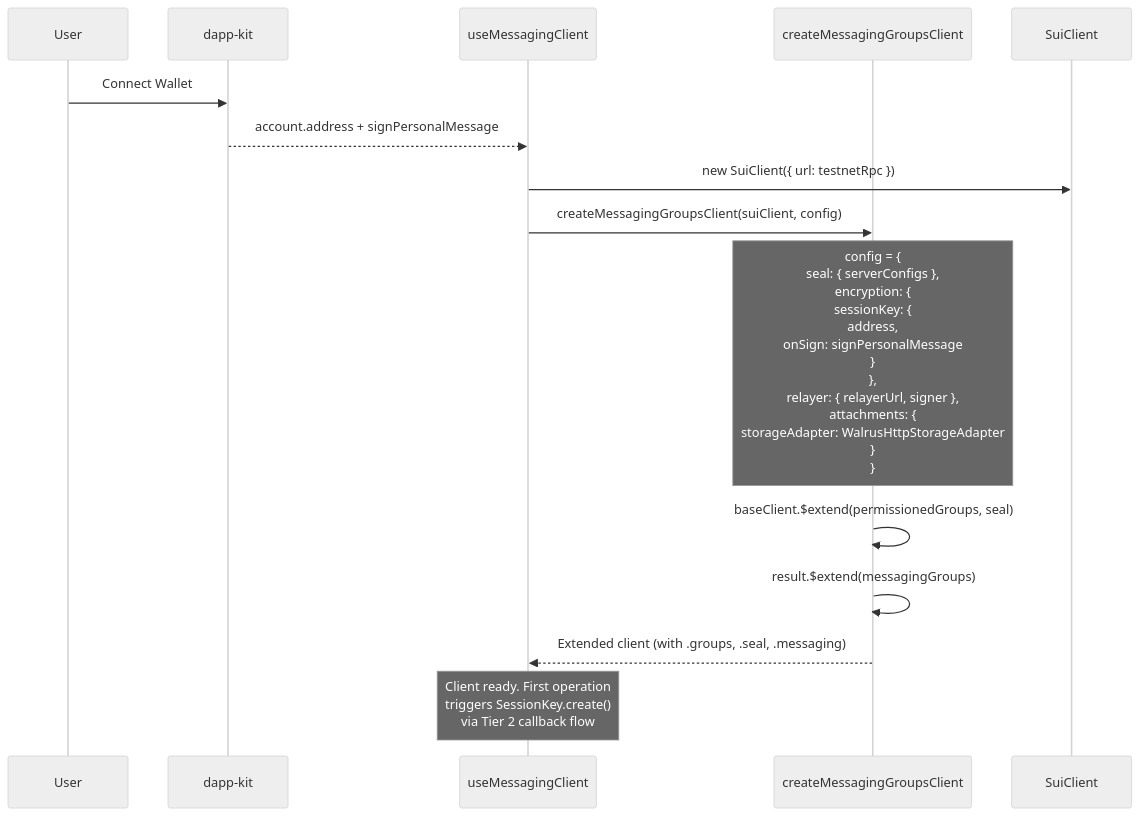
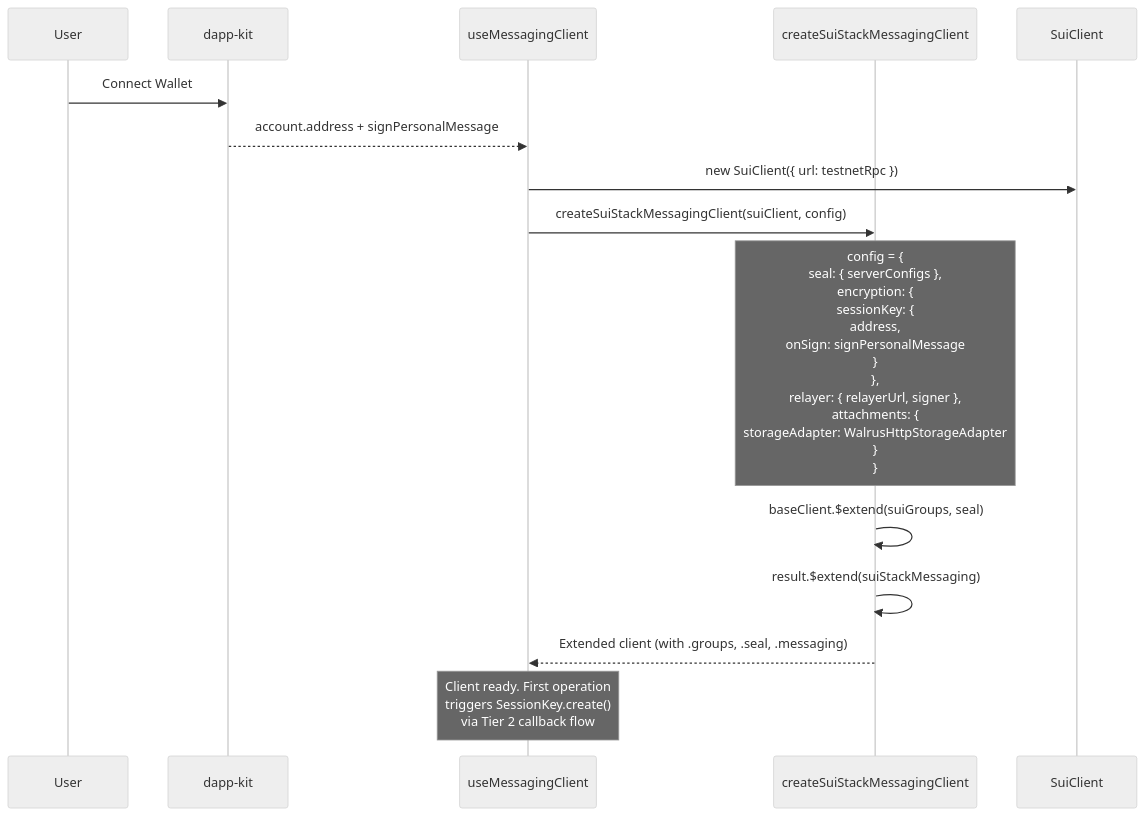
One commit to MystenLabs/sui-stack-messaging changed the second of 18 diagrams in chat-app/docs/SYSTEM_DESIGN.md. Above: the diagram before and after it, drawn with Mermaid (neutral theme). The commit also changed other lines of this file and 5 other files, not shown here.

````diff
--- a/chat-app/docs/SYSTEM_DESIGN.md
+++ b/chat-app/docs/SYSTEM_DESIGN.md
@@ -115,18 +115,18 @@
 ```mermaid
 sequenceDiagram
     participant User
     participant DK as dapp-kit
     participant Hook as useMessagingClient
-    participant Factory as createMessagingGroupsClient
+    participant Factory as createSuiStackMessagingClient
     participant SUI as SuiClient
 
     User->>DK: Connect Wallet
     DK-->>Hook: account.address + signPersonalMessage
     Hook->>SUI: new SuiClient({ url: testnetRpc })
-    Hook->>Factory: createMessagingGroupsClient(suiClient, config)
+    Hook->>Factory: createSuiStackMessagingClient(suiClient, config)
     Note over Factory: config = {<br/>  seal: { serverConfigs },<br/>  encryption: {<br/>    sessionKey: {<br/>      address,<br/>      onSign: signPersonalMessage<br/>    }<br/>  },<br/>  relayer: { relayerUrl, signer },<br/>  attachments: {<br/>    storageAdapter: WalrusHttpStorageAdapter<br/>  }<br/>}
-    Factory->>Factory: baseClient.$extend(permissionedGroups, seal)
-    Factory->>Factory: result.$extend(messagingGroups)
+    Factory->>Factory: baseClient.$extend(suiGroups, seal)
+    Factory->>Factory: result.$extend(suiStackMessaging)
     Factory-->>Hook: Extended client (with .groups, .seal, .messaging)
     Note over Hook: Client ready. First operation<br/>triggers SessionKey.create()<br/>via Tier 2 callback flow
 ```
````
